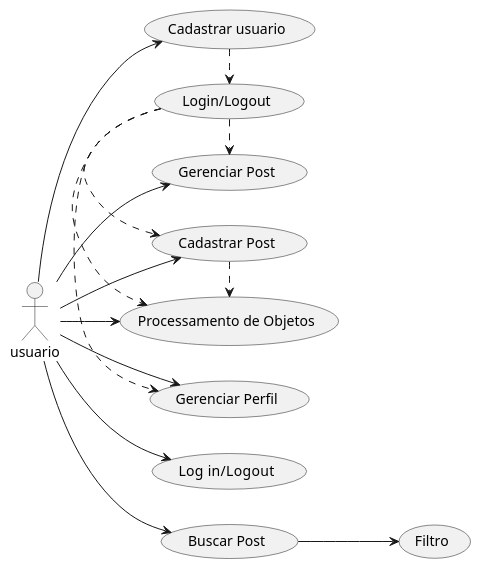
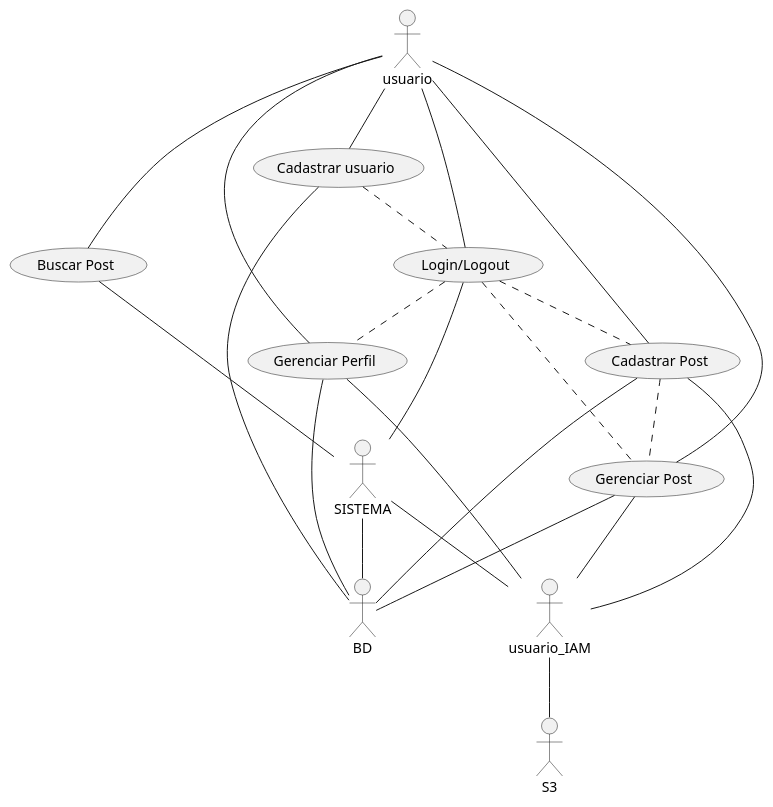
One commit to FranCosMonX/Spoof changed the diagram in src/diagrams/UCDiagram.plantuml. Above: the diagram before and after it, drawn with PlantUML. The commit also changed 75 other files, not shown here.

Commit message:
adicionando mais documentação ao front e atualizando o diagrama de caso de uso

```diff
--- a/src/diagrams/UCDiagram.plantuml
+++ b/src/diagrams/UCDiagram.plantuml
@@ -1,23 +1,35 @@
 @startuml
 
-left to right direction
+actor usuario
+actor usuario_IAM
+actor S3
+actor BD
+actor SISTEMA
 
-actor usuario
+SISTEMA -- BD
+SISTEMA -- usuario_IAM
+usuario_IAM -- S3
 
-usuario --> (Cadastrar usuario)
-usuario --> (Log  in/Logout)
-usuario --> (Gerenciar Perfil)
-usuario --> (Cadastrar Post)
-usuario --> (Gerenciar Post)
-usuario --> (Processamento de Objetos)
-usuario --> (Buscar Post)
-(Buscar Post) --> (Filtro)
+usuario -- (Cadastrar usuario)
+usuario -- (Login/Logout)
+usuario -- (Gerenciar Perfil)
+usuario -- (Cadastrar Post)
+usuario -- (Gerenciar Post)
+usuario -- (Buscar Post)
 
-(Cadastrar usuario) .> (Login/Logout)
-(Login/Logout) .> (Gerenciar Perfil)
-(Login/Logout) .> (Processamento de Objetos)
-(Login/Logout) .> (Cadastrar Post)
-(Login/Logout) .> (Gerenciar Post)
-(Cadastrar Post) .> (Processamento de Objetos)
+(Cadastrar usuario) -- BD
+(Cadastrar usuario) .. (Login/Logout)
+(Login/Logout) -- SISTEMA
+(Login/Logout) .. (Gerenciar Perfil)
+(Login/Logout) .. (Cadastrar Post)
+(Login/Logout) .. (Gerenciar Post)
+(Cadastrar Post) -- BD
+(Cadastrar Post) -- usuario_IAM
+(Gerenciar Post) -- BD
+(Gerenciar Post) -- usuario_IAM
+(Cadastrar Post) .. (Gerenciar Post)
+(Gerenciar Perfil) -- BD
+(Gerenciar Perfil) -- usuario_IAM
+(Buscar Post) -- SISTEMA
 
 @enduml
```
